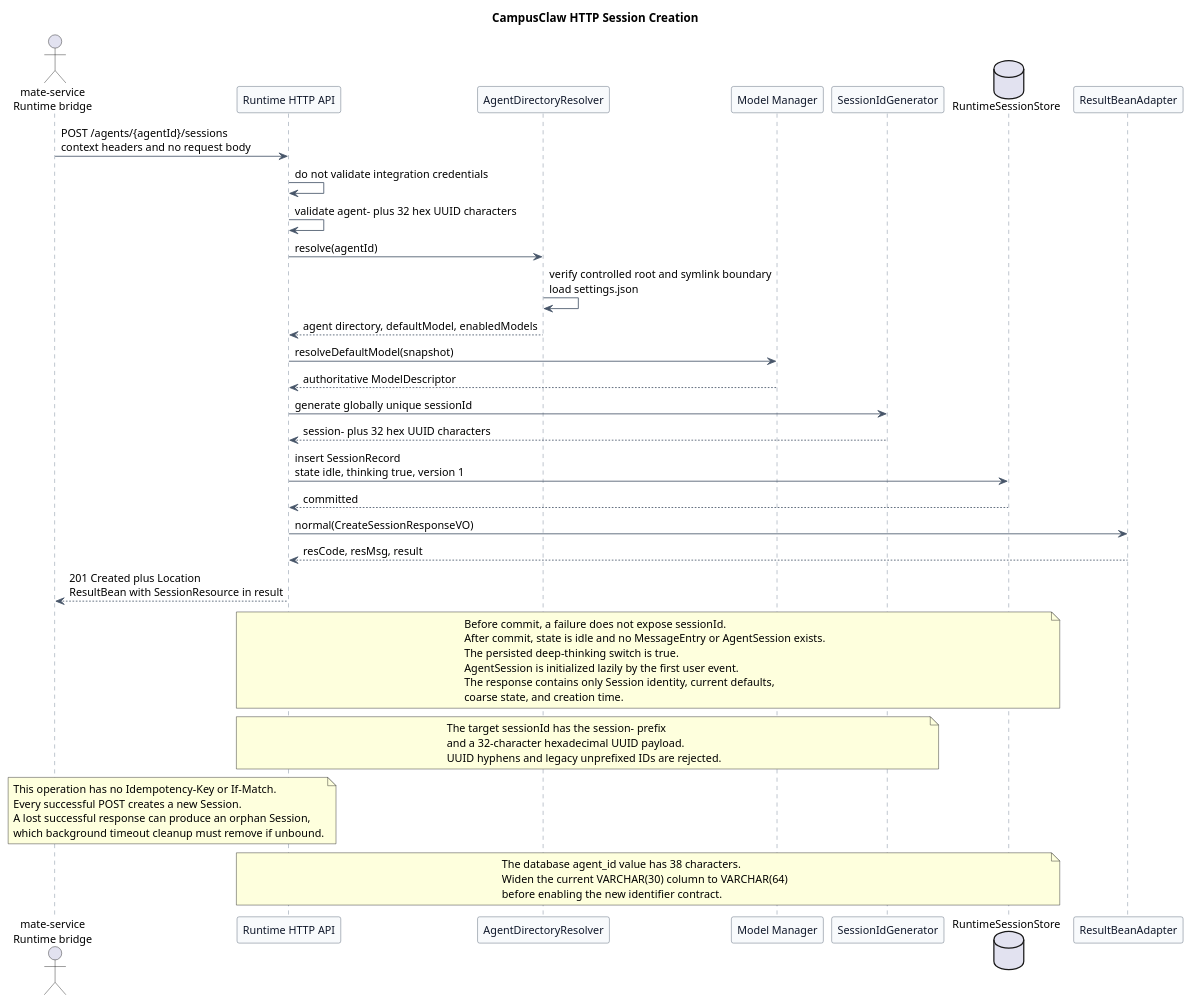
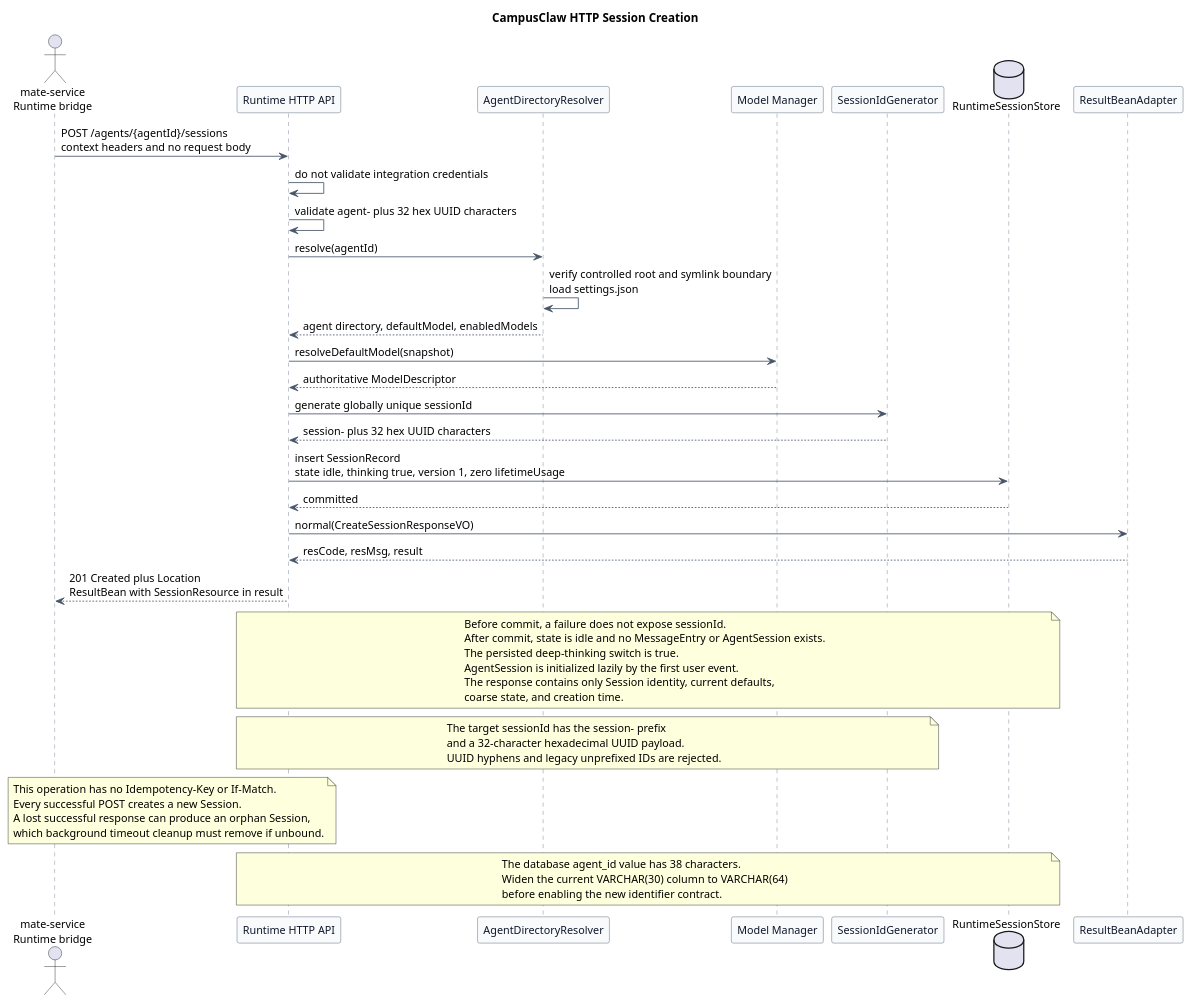
Before and after one commit to ssm0808/pi-mono-java-design: the first of 3 diagrams in pi-mono-java-manager-driven-multi-agent-runtime/diagrams/session-lifecycle/diagram.puml, drawn with PlantUML. The commit also changed other lines of this file and 36 other files, not shown here.

```diff
--- a/pi-mono-java-manager-driven-multi-agent-runtime/diagrams/session-lifecycle/diagram.puml
+++ b/pi-mono-java-manager-driven-multi-agent-runtime/diagrams/session-lifecycle/diagram.puml
@@ -1,90 +1,91 @@
 @startuml http_session_creation
 title CampusClaw HTTP Session Creation
 
-' Source evidence (pi-mono-java 1f801dbb82bdda30478e3354e685e3153b179a0c):
+' Source evidence (pi-mono-java PR 167 f60cc3e78bb8b700527ac082c7c8e10524ede095):
 ' modules/coding-agent-cli/src/main/java/com/campusclaw/codingagent/runtimeapi/session/RuntimeSessionService.java, create.
 ' modules/coding-agent-cli/src/main/java/com/campusclaw/codingagent/runtimeapi/agent/FileAgentDirectoryResolver.java, resolve.
 ' modules/coding-agent-cli/src/main/java/com/campusclaw/codingagent/runtimeapi/web/RuntimeSessionController.java, create.
 ' Source evidence (pi-mono-java 304eda06ff603fc9b6bbcaad0c296cc151a7defb):
 ' modules/coding-agent-cli/src/main/java/com/campusclaw/codingagent/runtimeapi/web/RuntimeSessionController.java, create.
 ' modules/coding-agent-cli/src/main/java/com/campusclaw/codingagent/runtimeapi/vo/CreateSessionResponseVO.java.
 ' Observed behavior: the current Java wire path and response still use agent_id and session_id.
 ' Observed behavior: settings chooses a default model candidate and the model manager validates it.
 ' Observed behavior: current Java accepts agent_ plus 24 alphanumeric characters and persists thinking false.
 ' Observed behavior: RandomSessionIdGenerator.nextId returns 26 Crockford Base32 characters with no prefix.
 ' Architecture change: target Agent and Session IDs use a type prefix plus 32 hex UUID characters.
 ' Architecture change: target HTTP path and payload fields use lowerCamelCase while header names stay unchanged.
 ' Product constraint: successful target creation persists thinking true.
 ' Product constraint: all Runtime operations carry integration-context headers without local validation.
 ' Observed behavior: creation persists an idle Session and does not initialize AgentSession or invoke a model.
+' Architecture change: the materialized Session starts with zero lifetime Usage.
 ' Design reason: defer expensive runtime initialization until the first accepted user event.
 
 skinparam backgroundColor #FFFFFF
 skinparam shadowing false
 skinparam defaultFontName Arial
 skinparam defaultFontSize 13
 skinparam participant {
   BackgroundColor #F8FAFC
   BorderColor #475569
   FontColor #0F172A
 }
 skinparam ArrowColor #475569
 skinparam sequence {
   LifeLineBorderColor #64748B
   LifeLineBackgroundColor #F8FAFC
   GroupBorderColor #94A3B8
   GroupBackgroundColor #F8FAFC
 }
 
 actor "mate-service\nRuntime bridge" as Mate
 participant "Runtime HTTP API" as API
 participant "AgentDirectoryResolver" as Resolver
 participant "Model Manager" as Models
 participant "SessionIdGenerator" as Ids
 database "RuntimeSessionStore" as Store
 participant "ResultBeanAdapter" as ResultAdapter
 
 Mate -> API : POST /agents/{agentId}/sessions\ncontext headers and no request body
 API -> API : do not validate integration credentials
 API -> API : validate agent- plus 32 hex UUID characters
 API -> Resolver : resolve(agentId)
 Resolver -> Resolver : verify controlled root and symlink boundary\nload settings.json
 Resolver --> API : agent directory, defaultModel, enabledModels
 API -> Models : resolveDefaultModel(snapshot)
 Models --> API : authoritative ModelDescriptor
 API -> Ids : generate globally unique sessionId
 Ids --> API : session- plus 32 hex UUID characters
-API -> Store : insert SessionRecord\nstate idle, thinking true, version 1
+API -> Store : insert SessionRecord\nstate idle, thinking true, version 1, zero lifetimeUsage
 Store --> API : committed
 API -> ResultAdapter : normal(CreateSessionResponseVO)
 ResultAdapter --> API : resCode, resMsg, result
 API --> Mate : 201 Created plus Location\nResultBean with SessionResource in result
 
 note over API,Store
 Before commit, a failure does not expose sessionId.
 After commit, state is idle and no MessageEntry or AgentSession exists.
 The persisted deep-thinking switch is true.
 AgentSession is initialized lazily by the first user event.
 The response contains only Session identity, current defaults,
 coarse state, and creation time.
 end note
 
 note over API,Ids
 The target sessionId has the session- prefix
 and a 32-character hexadecimal UUID payload.
 UUID hyphens and legacy unprefixed IDs are rejected.
 end note
 
 note over Mate,API
 This operation has no Idempotency-Key or If-Match.
 Every successful POST creates a new Session.
 A lost successful response can produce an orphan Session,
 which background timeout cleanup must remove if unbound.
 end note
 
 note over API,Store
 The database agent_id value has 38 characters.
 Widen the current VARCHAR(30) column to VARCHAR(64)
 before enabling the new identifier contract.
 end note
 @enduml
```
